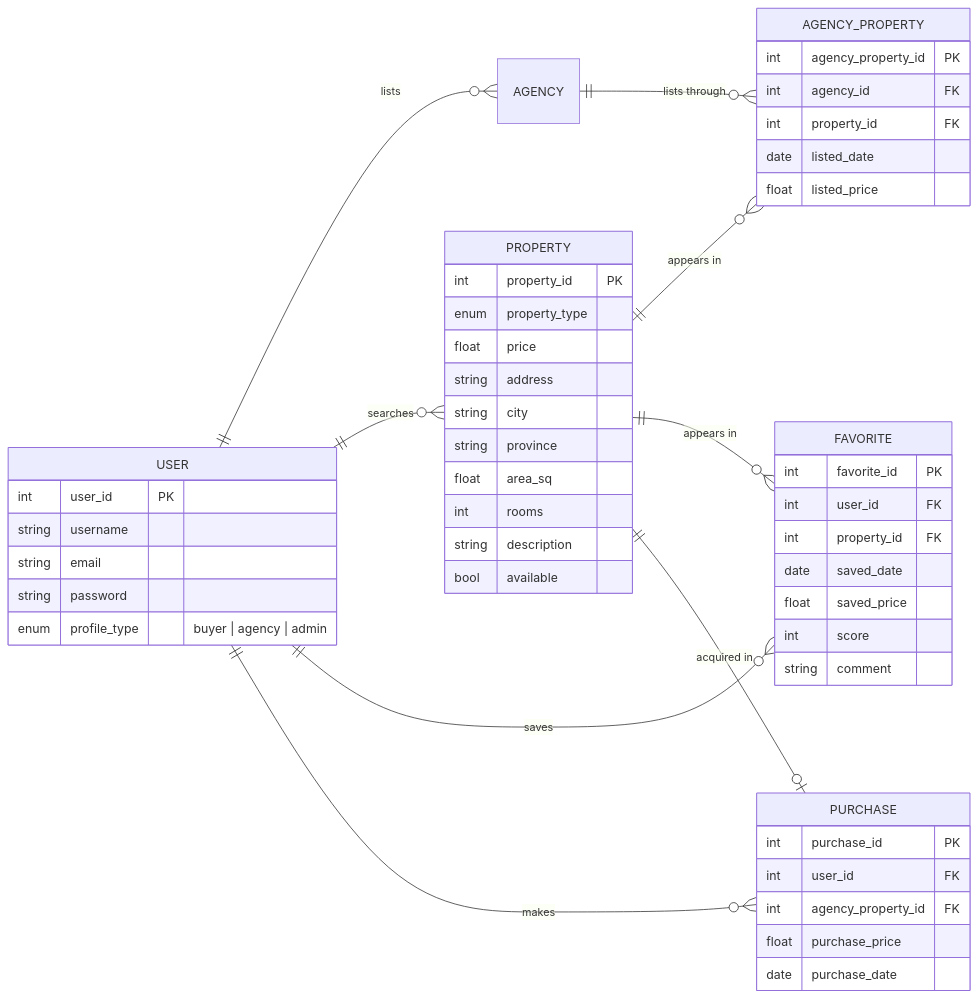
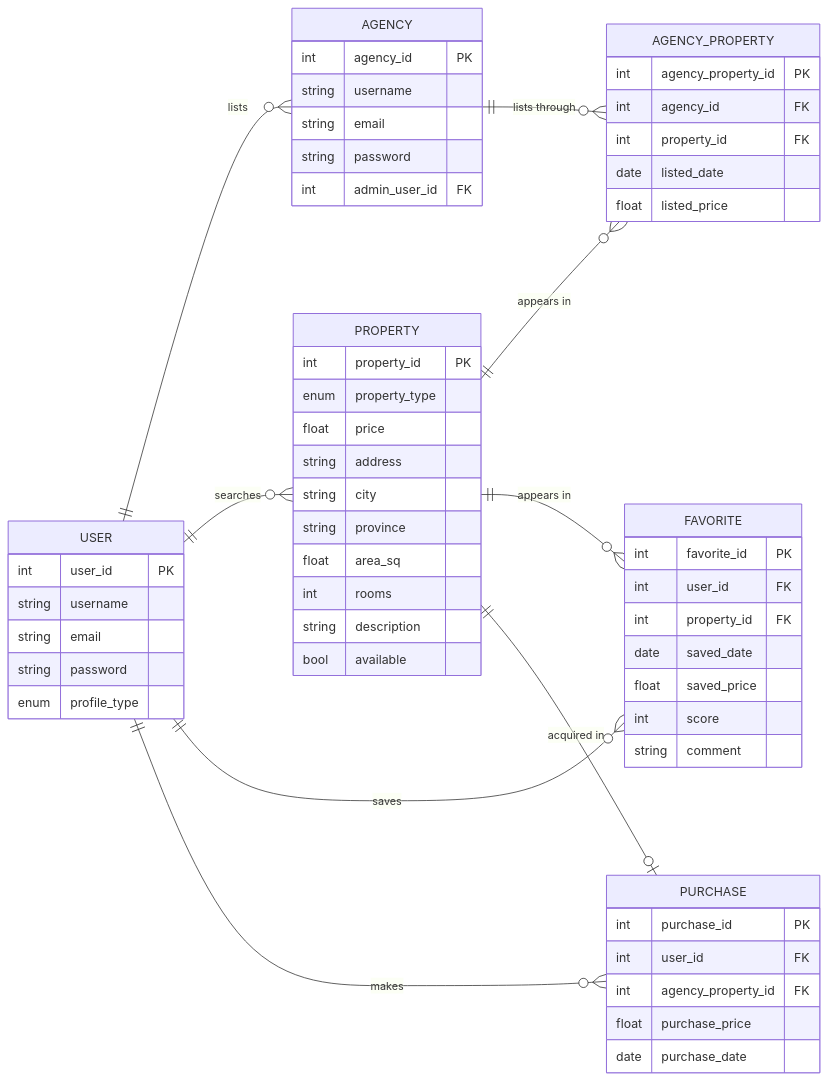
The diagram in DER.mmd (2026c1-pdes-grupo4/.github), drawn with Mermaid before and after one commit.

Commit message:
restore from der.mmd 870d16f

```diff
--- a/DER.mmd
+++ b/DER.mmd
@@ -1,57 +1,65 @@
 erDiagram
 	direction LR
 	USER {
 		int user_id PK
 		string username
 		string email
 		string password
-		enum profile_type "buyer | agency | admin"
+		enum profile_type
+	}
+
+	AGENCY {
+		int agency_id PK
+		string username
+		string email
+        string password
+		int admin_user_id FK
 	}
 
 	PROPERTY {
 		int property_id PK
 		enum property_type
 		float price
 		string address
 		string city
 		string province
 		float area_sq
 		int rooms
 		string description
 		bool available
 	}
 
 	AGENCY_PROPERTY {
         int agency_property_id PK
         int agency_id FK
         int property_id FK
         date listed_date
         float listed_price
     }
 
 	FAVORITE {
 		int favorite_id PK
 		int user_id FK
 		int property_id FK
 		date saved_date
 		float saved_price
 		int score
 		string comment
 	}
 
 	PURCHASE {
 		int purchase_id PK
 		int user_id FK
 		int agency_property_id FK
 		float purchase_price
 		date purchase_date
 	}
 
 	USER||--o{AGENCY:"lists"
     USER||--o{PROPERTY:"searches"
-    USER||--o{FAVORITE:"saves"
-    USER||--o{PURCHASE:"makes"
+	USER||--o{FAVORITE:"saves"
+	USER||--o{PURCHASE:"makes"
     AGENCY||--o{AGENCY_PROPERTY:"lists through"
     PROPERTY||--o{AGENCY_PROPERTY:"appears in"
-    PROPERTY||--o{FAVORITE:"appears in"
-    PROPERTY||--o|PURCHASE:"acquired in"
+	PROPERTY||--o{FAVORITE:"appears in"
+	PROPERTY||--o|PURCHASE:"acquired in"
```
